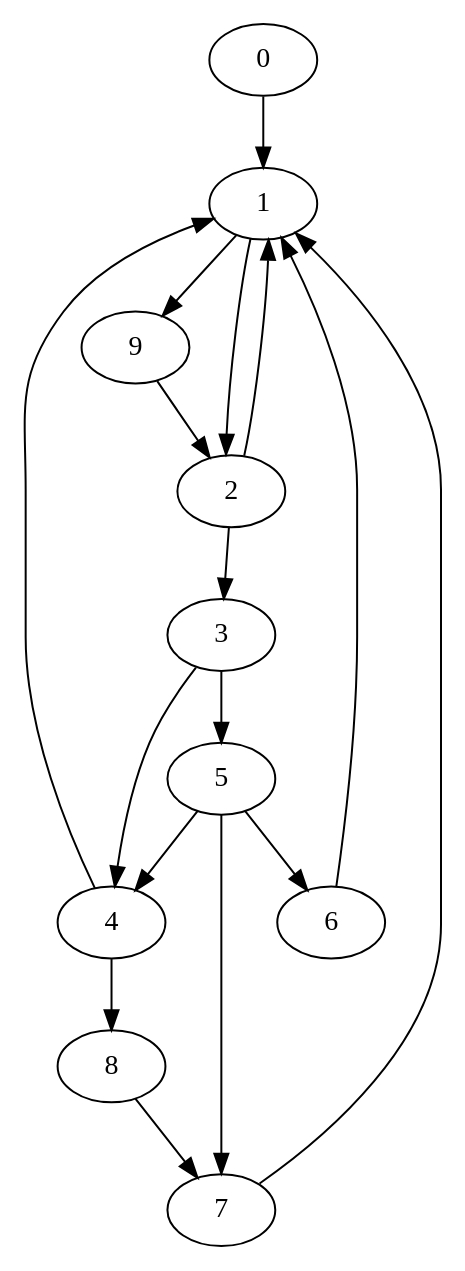
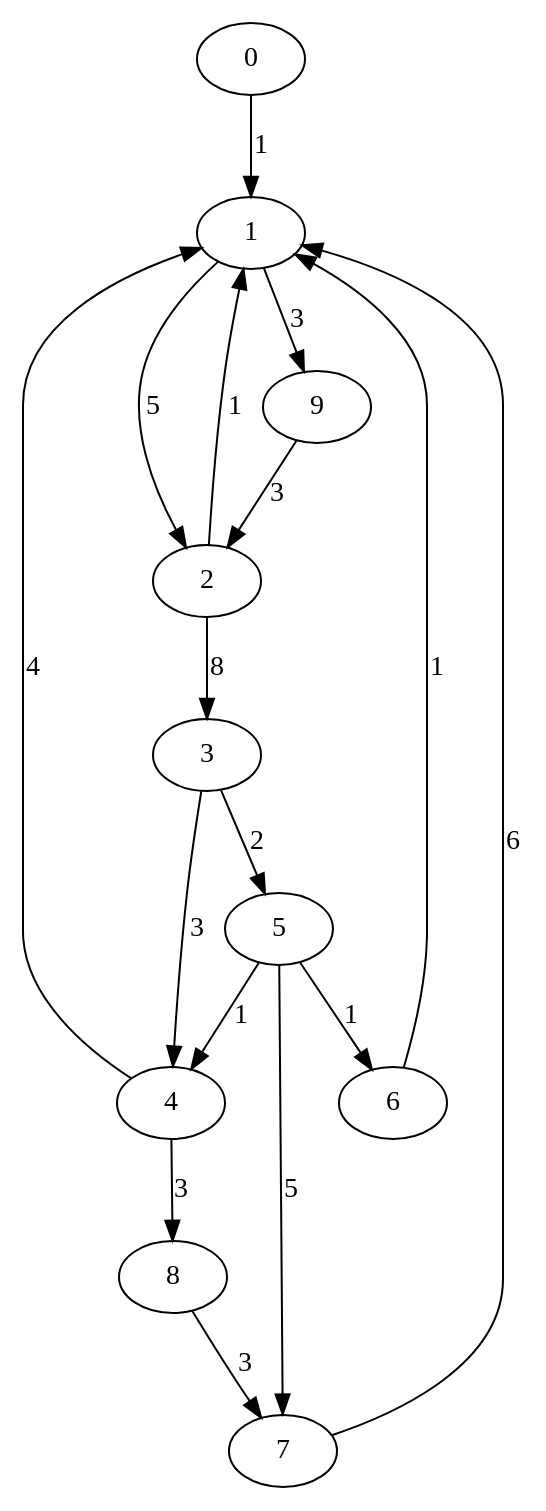
The diagram in state_encoding/yuan_alg/run/graph0.dot (abemac/verilog-to-fsm), drawn with Graphviz before and after one commit. The commit also changed 6 other files, not shown here.

```diff
--- a/state_encoding/yuan_alg/run/graph0.dot
+++ b/state_encoding/yuan_alg/run/graph0.dot
@@ -1,18 +1,18 @@
 digraph fsm {
-0 -> 1;
-1 -> 2;
-1 -> 9;
-2 -> 1;
-2 -> 3;
-3 -> 5;
-3 -> 4;
-4 -> 1;
-4 -> 8;
-5 -> 4;
-5 -> 7;
-5 -> 6;
-6 -> 1;
-7 -> 1;
-8 -> 7;
-9 -> 2;
+0 -> 1 [label="1"];
+1 -> 2 [label="5"];
+1 -> 9 [label="3"];
+2 -> 1 [label="1"];
+2 -> 3 [label="8"];
+3 -> 5 [label="2"];
+3 -> 4 [label="3"];
+4 -> 1 [label="4"];
+4 -> 8 [label="3"];
+5 -> 4 [label="1"];
+5 -> 7 [label="5"];
+5 -> 6 [label="1"];
+6 -> 1 [label="1"];
+7 -> 1 [label="6"];
+8 -> 7 [label="3"];
+9 -> 2 [label="3"];
 }
```
